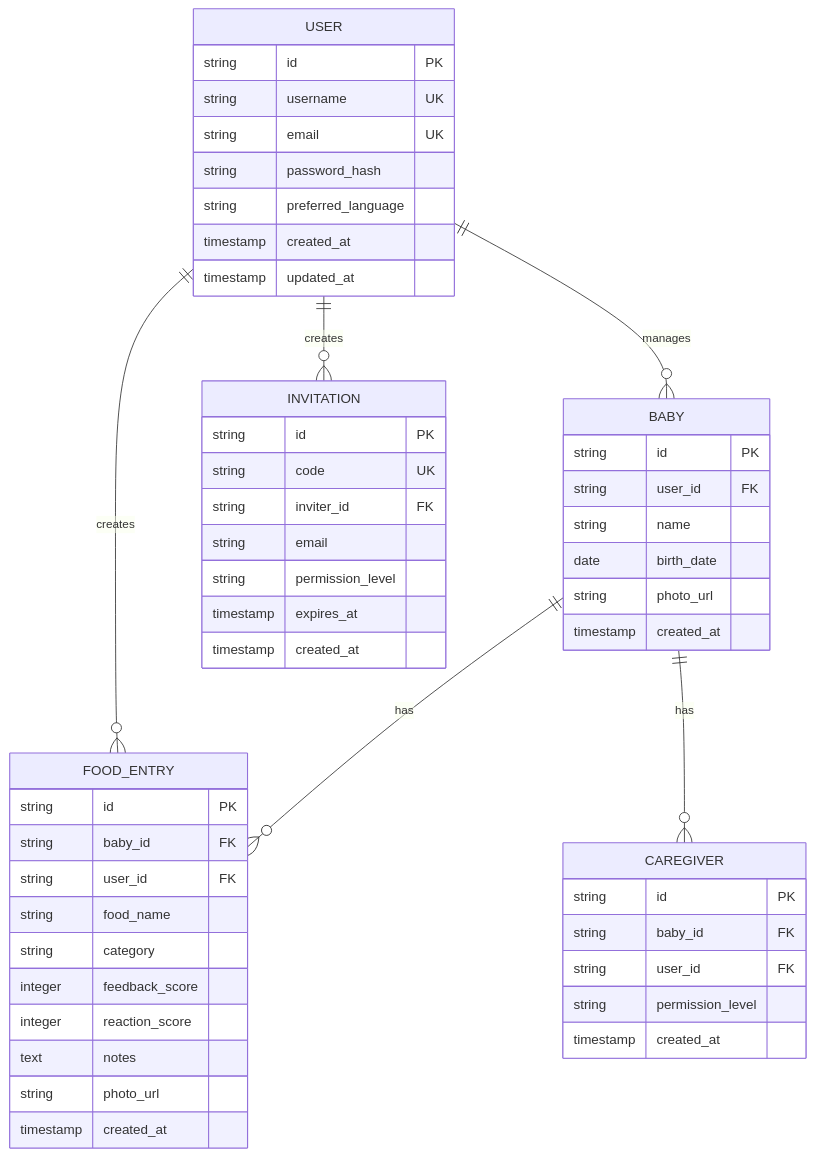
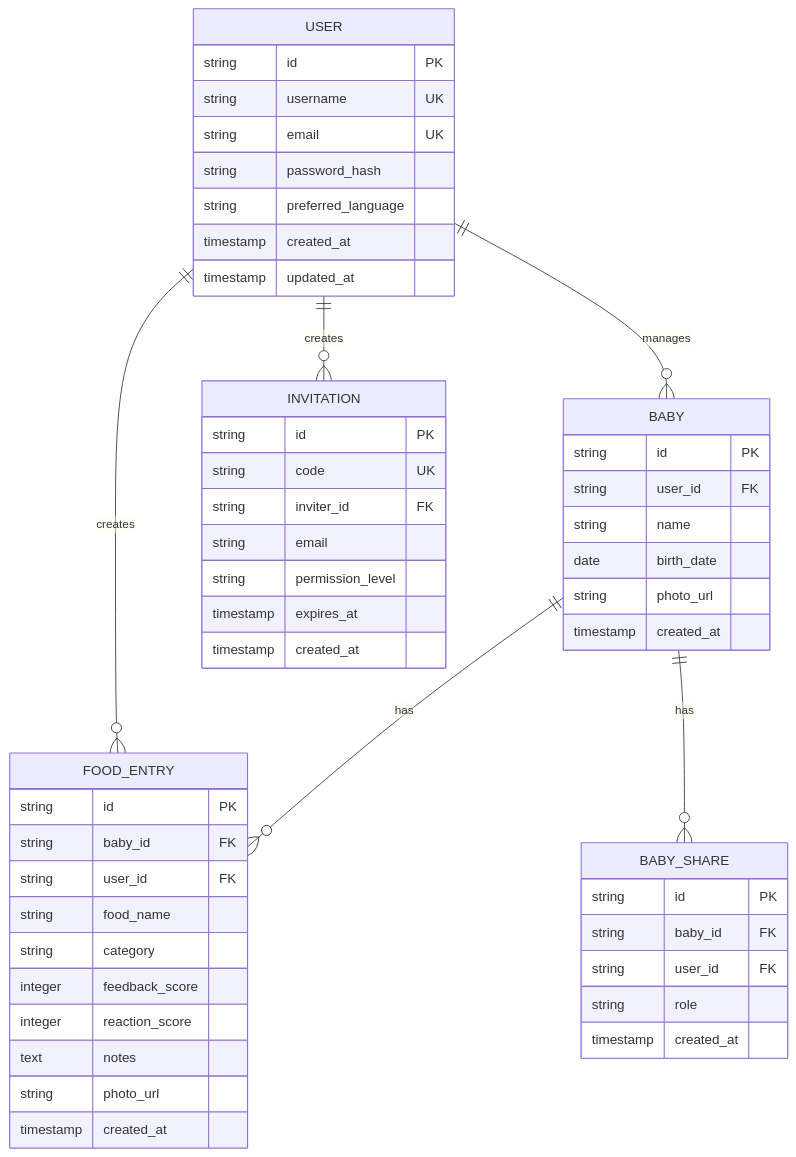
Before and after one commit to almarto/personal-assistant-hub: the third of 3 diagrams in .trae/documents/baby-food-tracker-technical-architecture.md, drawn with Mermaid. The commit also changed other lines of this file and 16 other files, not shown here.

````diff
--- a/.trae/documents/baby-food-tracker-technical-architecture.md
+++ b/.trae/documents/baby-food-tracker-technical-architecture.md
@@ -152,58 +152,58 @@
 ```mermaid
 erDiagram
     USER ||--o{ BABY : manages
     USER ||--o{ INVITATION : creates
     USER ||--o{ FOOD_ENTRY : creates
     BABY ||--o{ FOOD_ENTRY : has
-    BABY ||--o{ CAREGIVER : has
+    BABY ||--o{ BABY_SHARE : has
 
     USER {
         string id PK
         string username UK
         string email UK
         string password_hash
         string preferred_language
         timestamp created_at
         timestamp updated_at
     }
 
     BABY {
         string id PK
         string user_id FK
         string name
         date birth_date
         string photo_url
         timestamp created_at
     }
 
     FOOD_ENTRY {
         string id PK
         string baby_id FK
         string user_id FK
         string food_name
         string category
         integer feedback_score
         integer reaction_score
         text notes
         string photo_url
         timestamp created_at
     }
 
-    CAREGIVER {
+    BABY_SHARE {
         string id PK
         string baby_id FK
         string user_id FK
-        string permission_level
+        string role
         timestamp created_at
     }
 
     INVITATION {
         string id PK
         string code UK
         string inviter_id FK
         string email
         string permission_level
         timestamp expires_at
         timestamp created_at
     }
 ```
````
